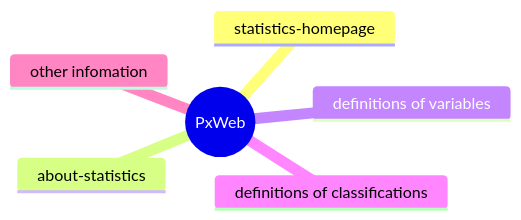
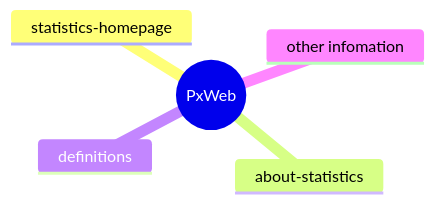
Before and after one commit to PxTools/PCAxis.Serializers: the diagram in PCAxis.Serializers/Util/Metaid/README_user.md, drawn with Mermaid.

````diff
--- a/PCAxis.Serializers/Util/Metaid/README_user.md
+++ b/PCAxis.Serializers/Util/Metaid/README_user.md
@@ -5,9 +5,8 @@
 ```mermaid
   mindmap
     root((PxWeb))
       statistics-homepage
       about-statistics
-      definitions of variables 
-      definitions of classifications
+      definitions
       other infomation
 ```
````
